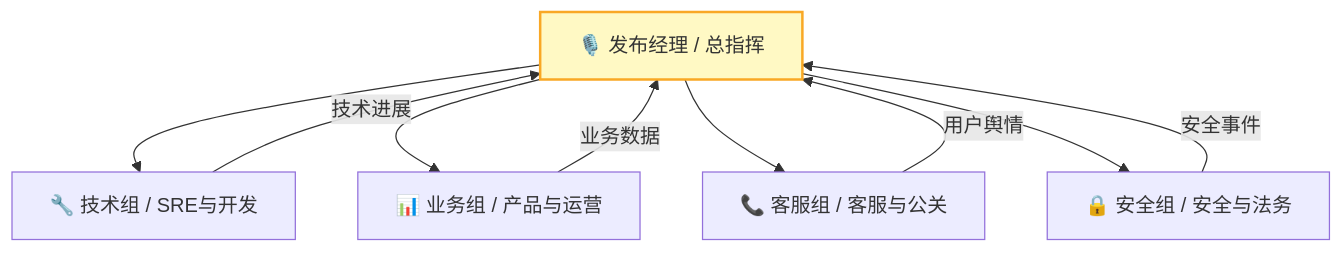
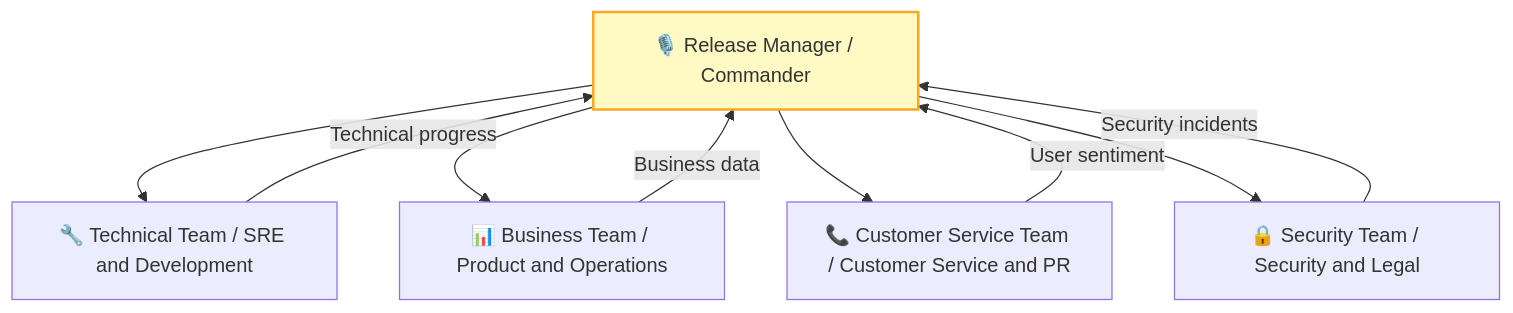
The seventh of 8 diagrams in templates/产品/交付层/【模板】发布计划文档.md (Kirky-X/cangjie), drawn with Mermaid before and after one commit. The commit also changed other lines of this file and 60 other files, not shown here.

````diff
--- a/templates/产品/交付层/【模板】发布计划文档.md
+++ b/templates/产品/交付层/【模板】发布计划文档.md
@@ -570,14 +570,14 @@
 ```mermaid
 graph TD
-    RC[🎙️ 发布经理 / 总指挥] --> T1[🔧 技术组 / SRE与开发]
-    RC --> T2[📊 业务组 / 产品与运营]
-    RC --> T3[📞 客服组 / 客服与公关]
-    RC --> T4[🔒 安全组 / 安全与法务]
+    RC[🎙️ Release Manager / Commander] --> T1[🔧 Technical Team / SRE and Development]
+    RC --> T2[📊 Business Team / Product and Operations]
+    RC --> T3[📞 Customer Service Team / Customer Service and PR]
+    RC --> T4[🔒 Security Team / Security and Legal]
 
-    T1 -->|技术进展| RC
-    T2 -->|业务数据| RC
-    T3 -->|用户舆情| RC
-    T4 -->|安全事件| RC
+    T1 -->|Technical progress| RC
+    T2 -->|Business data| RC
+    T3 -->|User sentiment| RC
+    T4 -->|Security incidents| RC
 
     style RC fill:#fff9c4,stroke:#f9a825,stroke-width:2px
 ```
````
